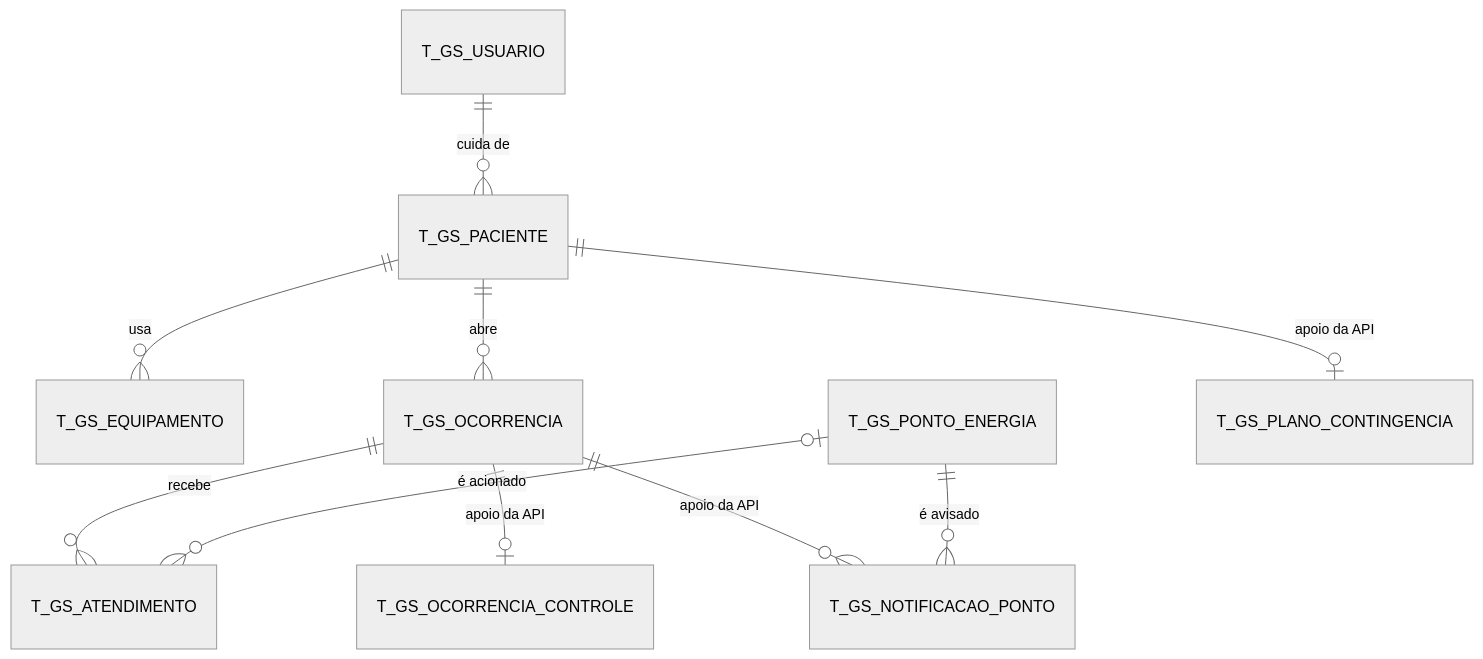
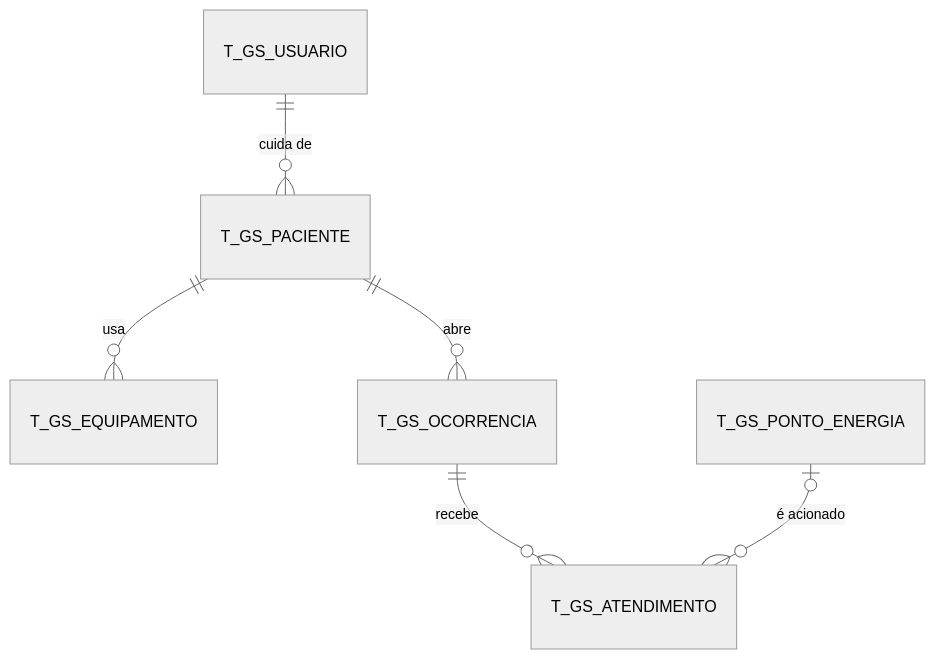
The second of 2 diagrams in README.md (GabrielRobertoni/GlobalSolution-LuzVital-JavaAdvanced), drawn with Mermaid (neutral theme) before and after one commit. The commit also changed other lines of this file and 32 other files, not shown here.

````diff
--- a/README.md
+++ b/README.md
@@ -115,12 +116,8 @@
 ```mermaid
 erDiagram
     T_GS_USUARIO ||--o{ T_GS_PACIENTE : "cuida de"
     T_GS_PACIENTE ||--o{ T_GS_EQUIPAMENTO : "usa"
     T_GS_PACIENTE ||--o{ T_GS_OCORRENCIA : "abre"
     T_GS_OCORRENCIA ||--o{ T_GS_ATENDIMENTO : "recebe"
     T_GS_PONTO_ENERGIA |o--o{ T_GS_ATENDIMENTO : "é acionado"
-    T_GS_OCORRENCIA ||--o| T_GS_OCORRENCIA_CONTROLE : "apoio da API"
-    T_GS_OCORRENCIA ||--o{ T_GS_NOTIFICACAO_PONTO : "apoio da API"
-    T_GS_PONTO_ENERGIA ||--o{ T_GS_NOTIFICACAO_PONTO : "é avisado"
-    T_GS_PACIENTE ||--o| T_GS_PLANO_CONTINGENCIA : "apoio da API"
 ```
````
